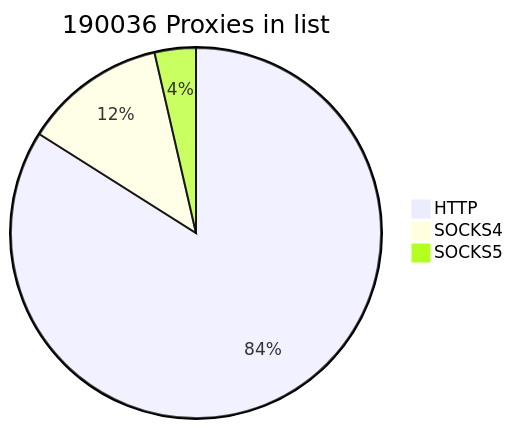
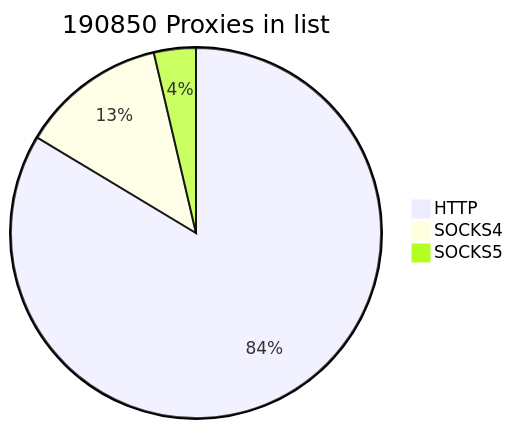
Before and after one commit to cutipu/proxylist: the first of 2 diagrams in README.md, drawn with Mermaid. The commit also changed other lines of this file, not shown here.

````diff
--- a/README.md
+++ b/README.md
@@ -2,7 +2,7 @@
 ```mermaid
-pie title 190036 Proxies in list
-    "HTTP" : 159560
-    "SOCKS4" : 23631
-    "SOCKS5" : 6845
+pie title 190850 Proxies in list
+    "HTTP" : 159582
+    "SOCKS4" : 24280
+    "SOCKS5" : 6988
             
 ```
````
